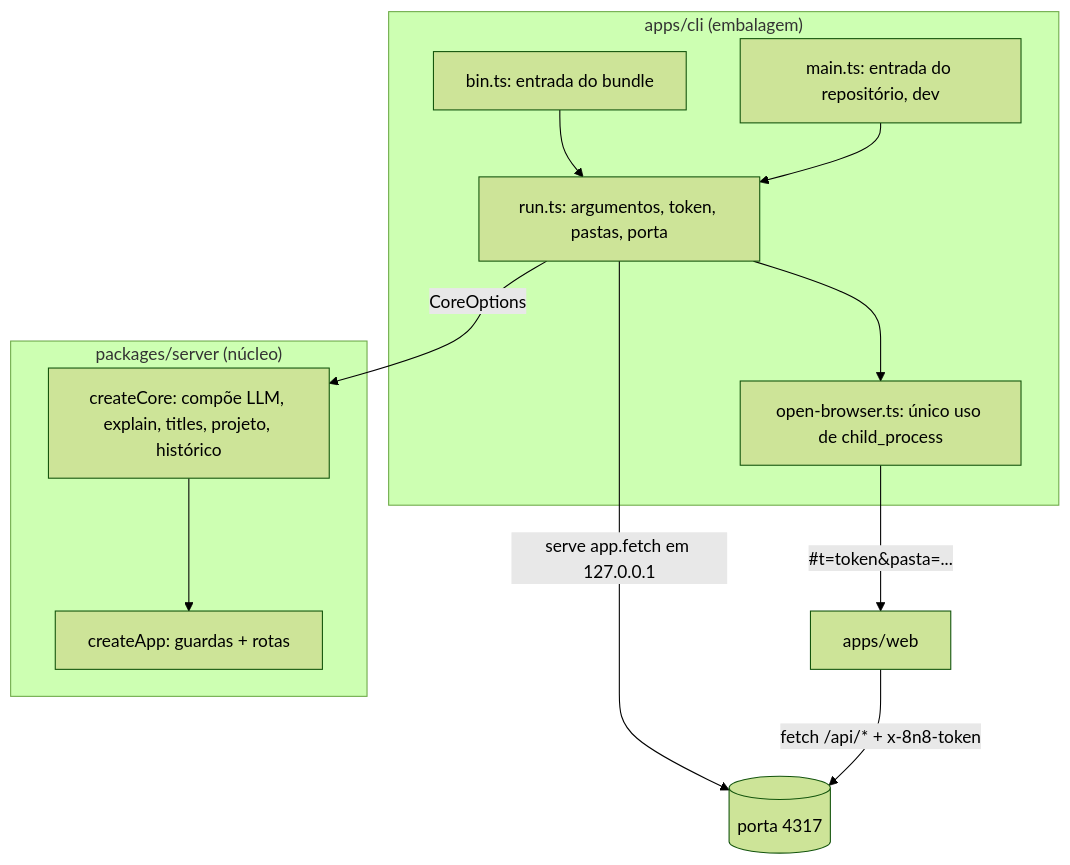
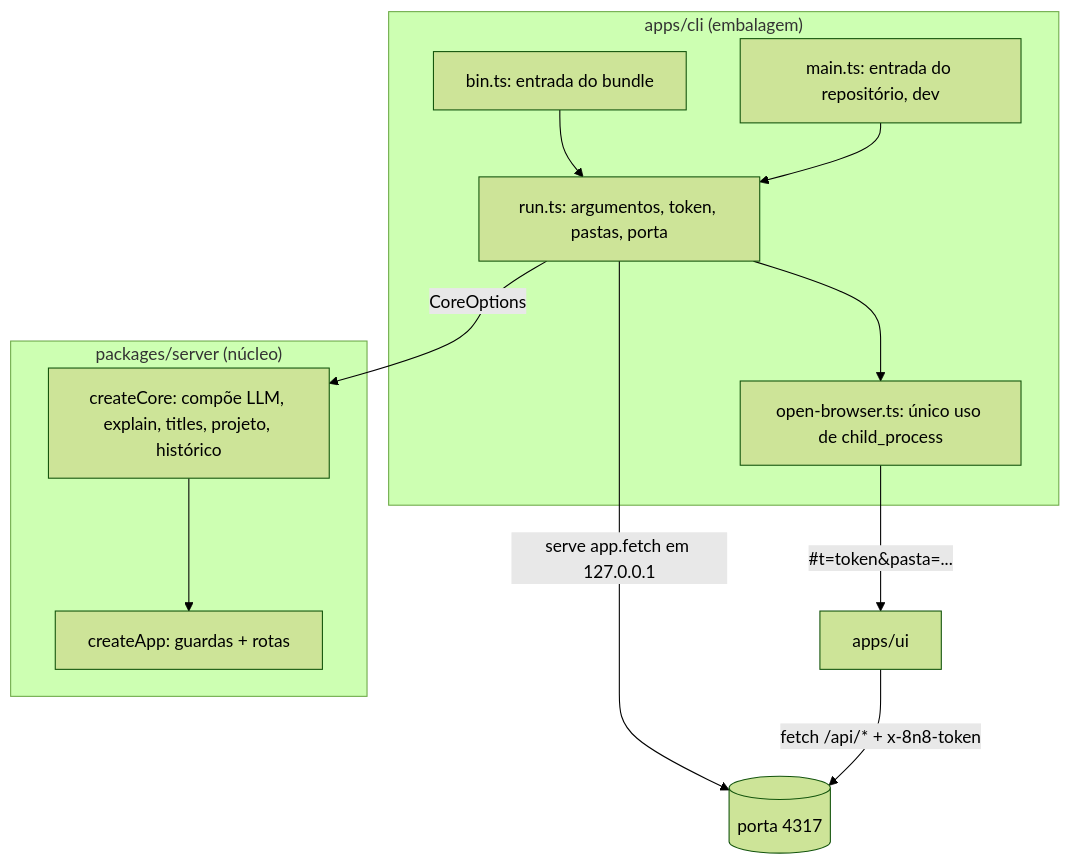
Before and after one commit to Ferreira-Jefferson/8n8: the diagram in .specs/features/07-cli/design.md, drawn with Mermaid (forest theme). The commit also changed other lines of this file and 116 other files, not shown here.

First line of the commit message:
refactor: rename apps/web to apps/ui, fix the README sentence its test reads

````diff
--- a/.specs/features/07-cli/design.md
+++ b/.specs/features/07-cli/design.md
@@ -12,15 +12,15 @@
 ```mermaid
 graph TD
     subgraph "apps/cli (embalagem)"
       BIN[bin.ts: entrada do bundle] --> RUN[run.ts: argumentos, token, pastas, porta]
       MAIN[main.ts: entrada do repositório, dev] --> RUN
       RUN --> OPEN[open-browser.ts: único uso de child_process]
     end
     subgraph "packages/server (núcleo)"
       CORE[createCore: compõe LLM, explain, titles, projeto, histórico] --> APP[createApp: guardas + rotas]
     end
     RUN -->|CoreOptions| CORE
     RUN -->|serve app.fetch em 127.0.0.1| HTTP[(porta 4317)]
-    WEB[apps/web] -->|fetch /api/* + x-8n8-token| HTTP
+    WEB[apps/ui] -->|fetch /api/* + x-8n8-token| HTTP
     OPEN -->|"#t=token&pasta=..."| WEB
 ```
````
